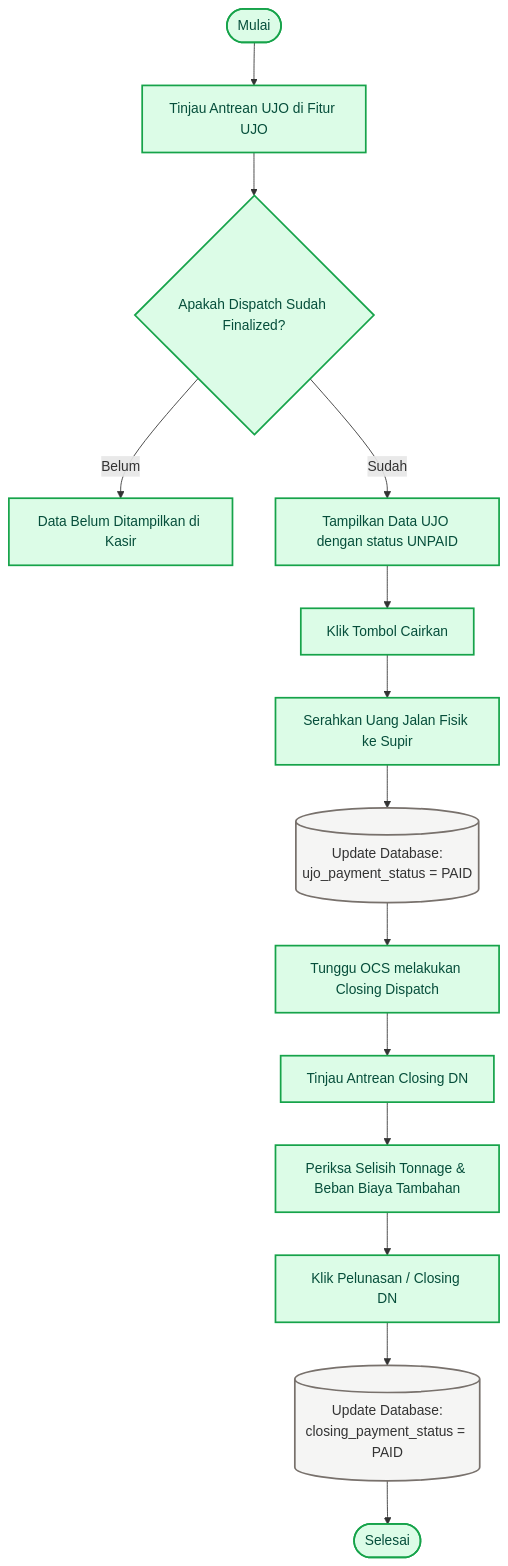
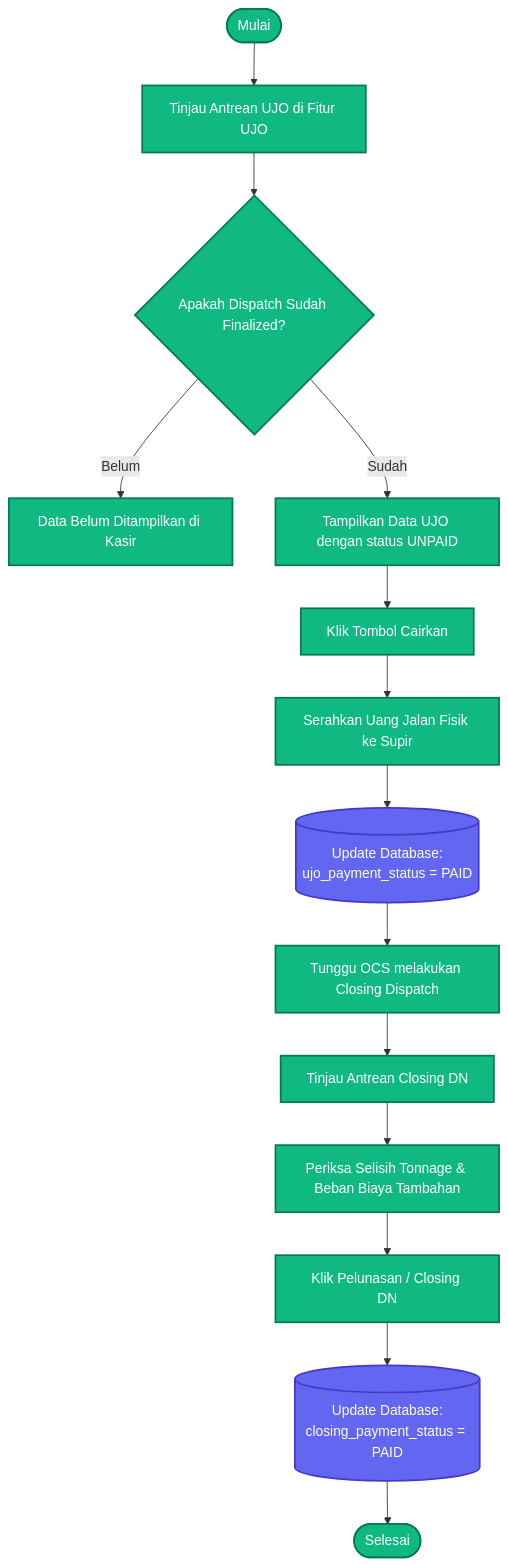
Before and after one commit to itbcslogistics/erp-documentation: the fifth of 6 diagrams in docs/alur_bisnis.md, drawn with Mermaid. The commit also changed other lines of this file, not shown here.

Commit message:
Fix text visibility in dark mode by using rich vibrant solid background colors and forcing white text inside flowchart nodes

````diff
--- a/docs/alur_bisnis.md
+++ b/docs/alur_bisnis.md
@@ -202,24 +202,24 @@
 ```mermaid
 flowchart TD
     Start(["Mulai"]) --> C1["Tinjau Antrean UJO di Fitur UJO"]
     C1 --> C2{"Apakah Dispatch Sudah Finalized?"}
     C2 -- "Belum" --> C3["Data Belum Ditampilkan di Kasir"]
     C2 -- "Sudah" --> C4["Tampilkan Data UJO dengan status UNPAID"]
     C4 --> C5["Klik Tombol Cairkan"]
     C5 --> C6["Serahkan Uang Jalan Fisik ke Supir"]
     C6 --> C7[("Update Database:<br/>ujo_payment_status = PAID")]
 
     %% Closing Section
     C7 --> C8["Tunggu OCS melakukan Closing Dispatch"]
     C8 --> C9["Tinjau Antrean Closing DN"]
     C9 --> C10["Periksa Selisih Tonnage & Beban Biaya Tambahan"]
     C10 --> C11["Klik Pelunasan / Closing DN"]
     C11 --> C12[("Update Database:<br/>closing_payment_status = PAID")]
     C12 --> End(["Selesai"])
 
     %% Styling
-    classDef kasir fill:#dcfce7,stroke:#16a34a,stroke-width:2px,color:#064e3b
-    classDef db fill:#f5f5f4,stroke:#78716c,stroke-width:2px
+    classDef kasir fill:#10b981,stroke:#047857,stroke-width:2px,color:#ffffff
+    classDef db fill:#6366f1,stroke:#4338ca,stroke-width:2px,color:#ffffff
     class Start,End,C1,C2,C3,C4,C5,C6,C8,C9,C10,C11 kasir
     class C7,C12 db
 ```
````
